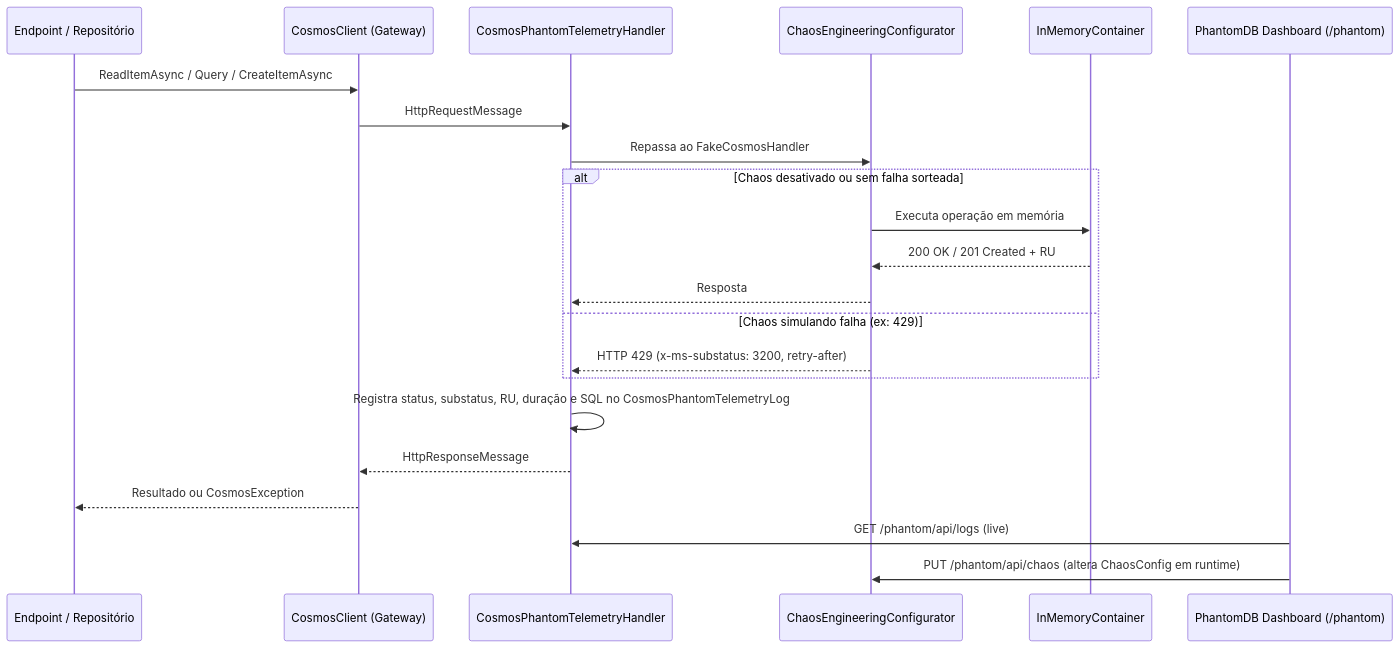
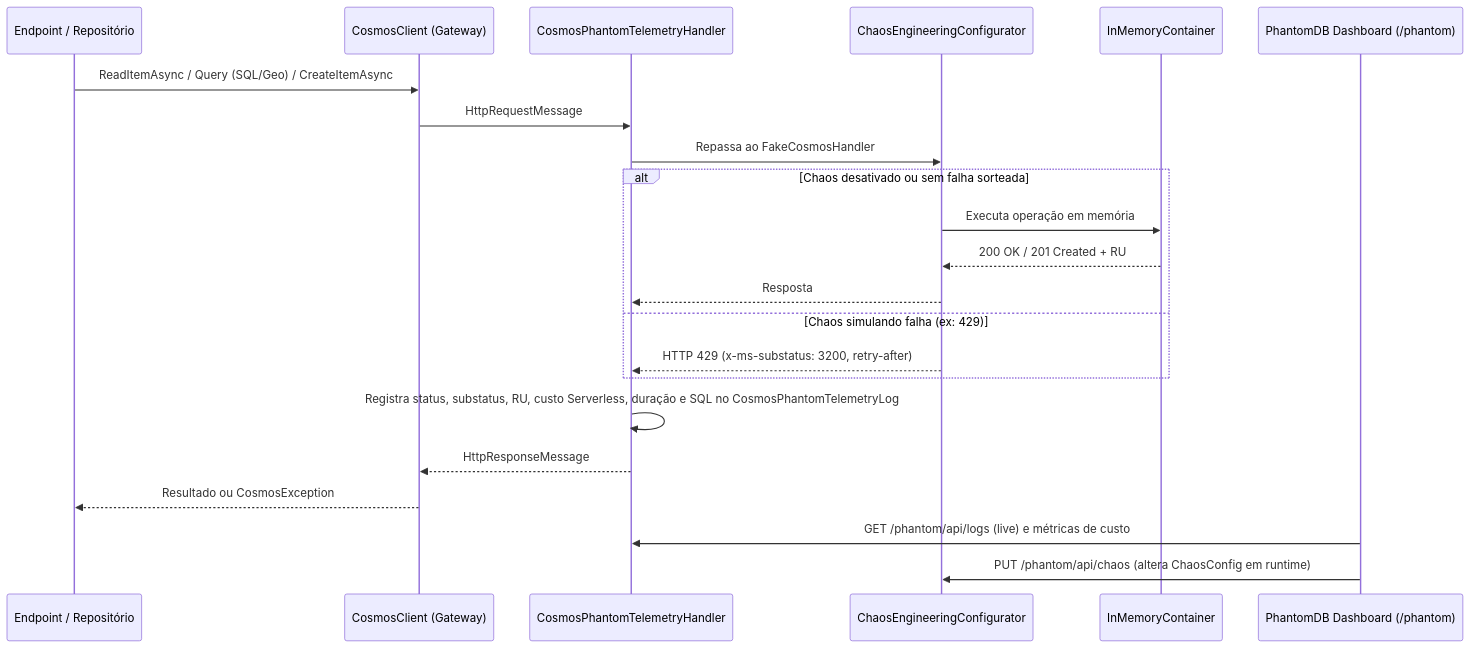
One commit to iamdiegoinacio/PhantomCosmosDB changed the third of 3 diagrams in Docs/Architecture.md. Above: the diagram before and after it, drawn with Mermaid. The commit also changed other lines of this file and 2 other files, not shown here.

Commit message:
docs: update README, Architecture, and Core README with Dashboard, Geo, and local API integration guide

````diff
--- a/Docs/Architecture.md
+++ b/Docs/Architecture.md
@@ -90,28 +104,28 @@
 ```mermaid
 sequenceDiagram
     participant Repo as Endpoint / Repositório
     participant SDK as CosmosClient (Gateway)
     participant Tel as CosmosPhantomTelemetryHandler
     participant Chaos as ChaosEngineeringConfigurator
     participant InMem as InMemoryContainer
     participant UI as PhantomDB Dashboard (/phantom)
 
-    Repo->>SDK: ReadItemAsync / Query / CreateItemAsync
+    Repo->>SDK: ReadItemAsync / Query (SQL/Geo) / CreateItemAsync
     SDK->>Tel: HttpRequestMessage
     Tel->>Chaos: Repassa ao FakeCosmosHandler
 
     alt Chaos desativado ou sem falha sorteada
         Chaos->>InMem: Executa operação em memória
         InMem-->>Chaos: 200 OK / 201 Created + RU
         Chaos-->>Tel: Resposta
     else Chaos simulando falha (ex: 429)
         Chaos-->>Tel: HTTP 429 (x-ms-substatus: 3200, retry-after)
     end
 
-    Tel->>Tel: Registra status, substatus, RU, duração e SQL no CosmosPhantomTelemetryLog
+    Tel->>Tel: Registra status, substatus, RU, custo Serverless, duração e SQL no CosmosPhantomTelemetryLog
     Tel-->>SDK: HttpResponseMessage
     SDK-->>Repo: Resultado ou CosmosException
 
-    UI->>Tel: GET /phantom/api/logs (live)
+    UI->>Tel: GET /phantom/api/logs (live) e métricas de custo
     UI->>Chaos: PUT /phantom/api/chaos (altera ChaosConfig em runtime)
 ```
````
